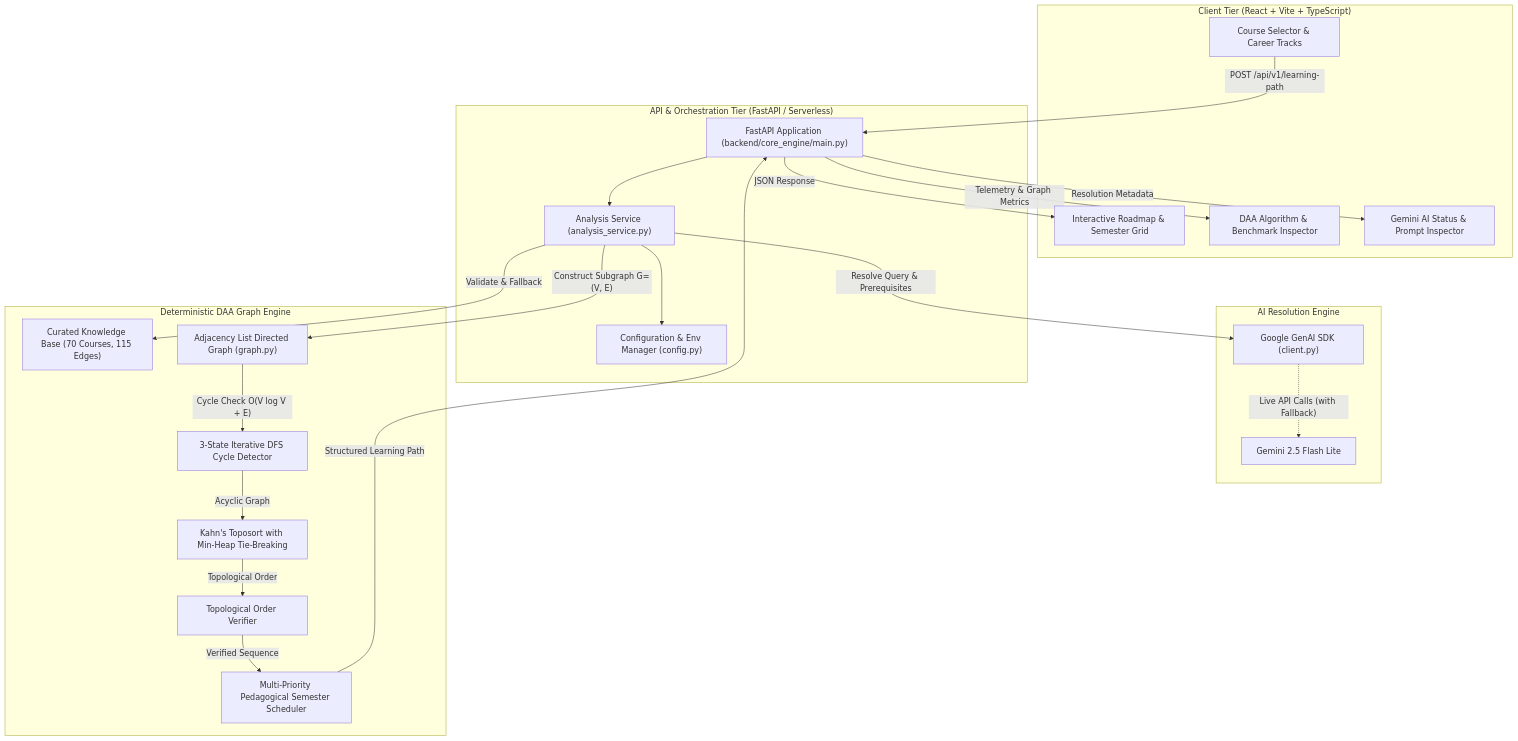
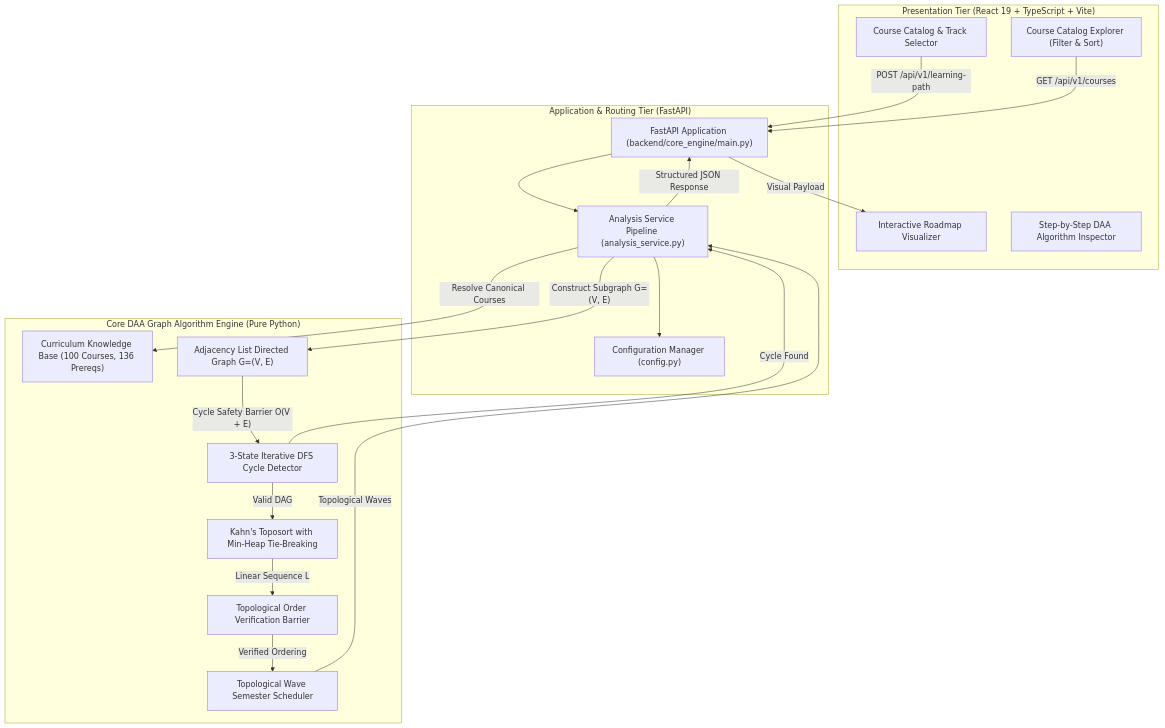
Before and after one commit to chiragchauhan07/Pathwise_DAA_Project: the diagram in docs/ARCHITECTURE.md, drawn with Mermaid. The commit also changed other lines of this file and 13 other files, not shown here.

Commit message:
docs: update all documentation, context, and script files to reflect pure DAA architecture

````diff
--- a/docs/ARCHITECTURE.md
+++ b/docs/ARCHITECTURE.md
@@ -11,53 +11,41 @@
 ```mermaid
 flowchart TD
-    subgraph Client["Client Tier (React + Vite + TypeScript)"]
-        UI["Course Selector & Career Tracks"]
-        PathView["Interactive Roadmap & Semester Grid"]
-        DAAView["DAA Algorithm & Benchmark Inspector"]
-        AIView["Gemini AI Status & Prompt Inspector"]
+    subgraph Client["Presentation Tier (React 19 + TypeScript + Vite)"]
+        UI["Course Catalog & Track Selector"]
+        RoadmapView["Interactive Roadmap Visualizer"]
+        DAAView["Step-by-Step DAA Algorithm Inspector"]
+        CatalogView["Course Catalog Explorer (Filter & Sort)"]
     end
 
-    subgraph API["API & Orchestration Tier (FastAPI / Serverless)"]
+    subgraph API["Application & Routing Tier (FastAPI)"]
         Router["FastAPI Application (backend/core_engine/main.py)"]
-        Analysis["Analysis Service (analysis_service.py)"]
-        Config["Configuration & Env Manager (config.py)"]
+        Analysis["Analysis Service Pipeline (analysis_service.py)"]
+        Config["Configuration Manager (config.py)"]
     end
 
-    subgraph AIEngine["AI Resolution Engine"]
-        GeminiClient["Google GenAI SDK (client.py)"]
-        GeminiAPI["Gemini 2.5 Flash Lite"]
-    end
-
-    subgraph DAAEngine["Deterministic DAA Graph Engine"]
-        KB["Curated Knowledge Base (70 Courses, 115 Edges)"]
-        Graph["Adjacency List Directed Graph (graph.py)"]
+    subgraph DAAEngine["Core DAA Graph Algorithm Engine (Pure Python)"]
+        KB["Curriculum Knowledge Base (100 Courses, 136 Prereqs)"]
+        Graph["Adjacency List Directed Graph G=(V, E)"]
         CycleDetect["3-State Iterative DFS Cycle Detector"]
         KahnSort["Kahn's Toposort with Min-Heap Tie-Breaking"]
-        Verifier["Topological Order Verifier"]
-        Scheduler["Multi-Priority Pedagogical Semester Scheduler"]
+        Verifier["Topological Order Verification Barrier"]
+        Scheduler["Topological Wave Semester Scheduler"]
     end
 
     UI -->|"POST /api/v1/learning-path"| Router
+    CatalogView -->|"GET /api/v1/courses"| Router
     Router --> Analysis
     Analysis --> Config
     
-    %% AI Pipeline
-    Analysis -->|"Resolve Query & Prerequisites"| GeminiClient
-    GeminiClient -.->|"Live API Calls (with Fallback)"| GeminiAPI
-    
-    %% Curated Fallback & Validation
-    Analysis -->|"Validate & Fallback"| KB
-    
-    %% DAA Core Execution
+    %% Algorithmic Pipeline
+    Analysis -->|"Resolve Canonical Courses"| KB
     Analysis -->|"Construct Subgraph G=(V, E)"| Graph
-    Graph -->|"Cycle Check O(V log V + E)"| CycleDetect
-    CycleDetect -->|"Acyclic Graph"| KahnSort
-    KahnSort -->|"Topological Order"| Verifier
-    Verifier -->|"Verified Sequence"| Scheduler
-    
-    %% Response
-    Scheduler -->|"Structured Learning Path"| Router
-    Router -->|"JSON Response"| PathView
-    Router -->|"Telemetry & Graph Metrics"| DAAView
-    Router -->|"Resolution Metadata"| AIView
+    Graph -->|"Cycle Safety Barrier O(V + E)"| CycleDetect
+    CycleDetect -->|"Cycle Found"| Analysis
+    CycleDetect -->|"Valid DAG"| KahnSort
+    KahnSort -->|"Linear Sequence L"| Verifier
+    Verifier -->|"Verified Ordering"| Scheduler
+    Scheduler -->|"Topological Waves"| Analysis
+    Analysis -->|"Structured JSON Response"| Router
+    Router -->|"Visual Payload"| RoadmapView
 ```
````
